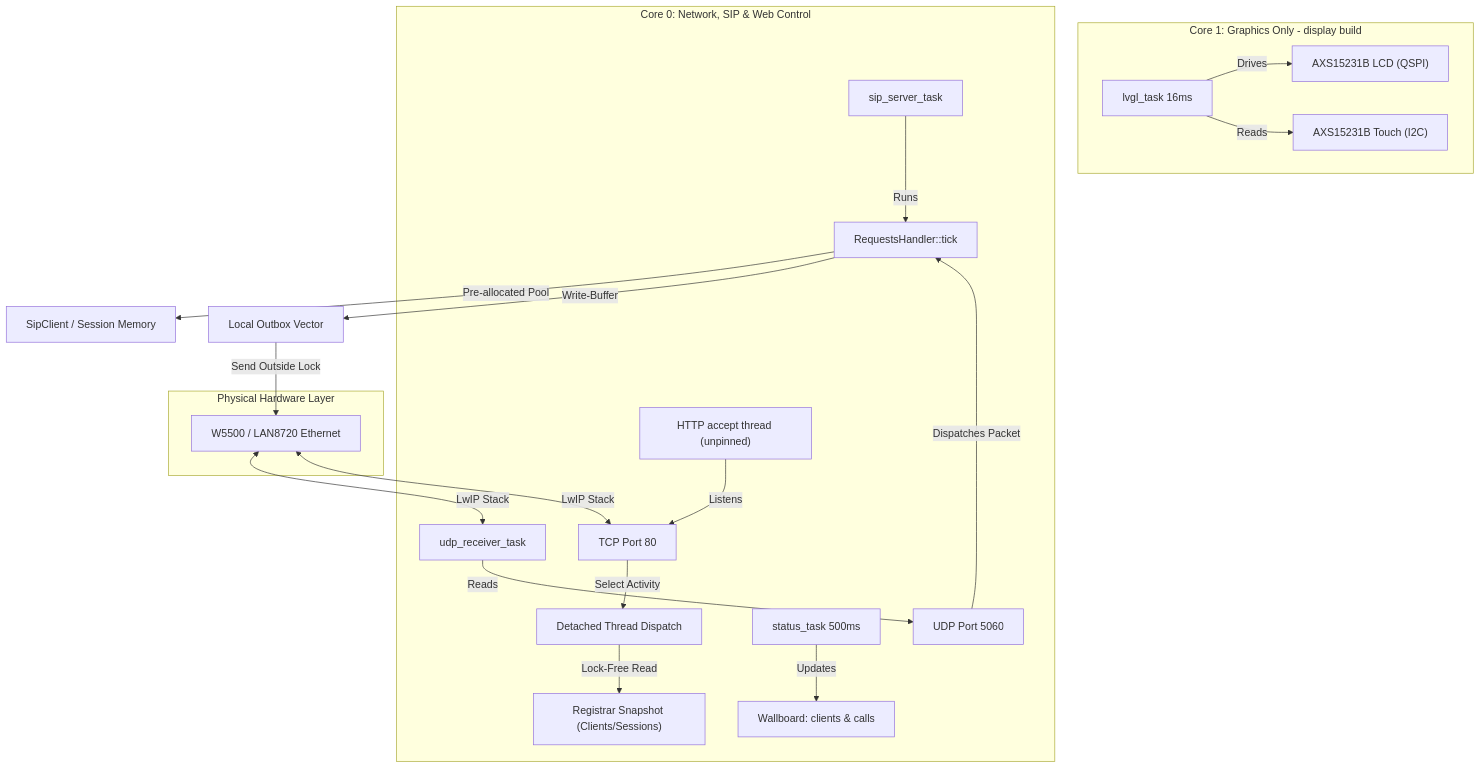
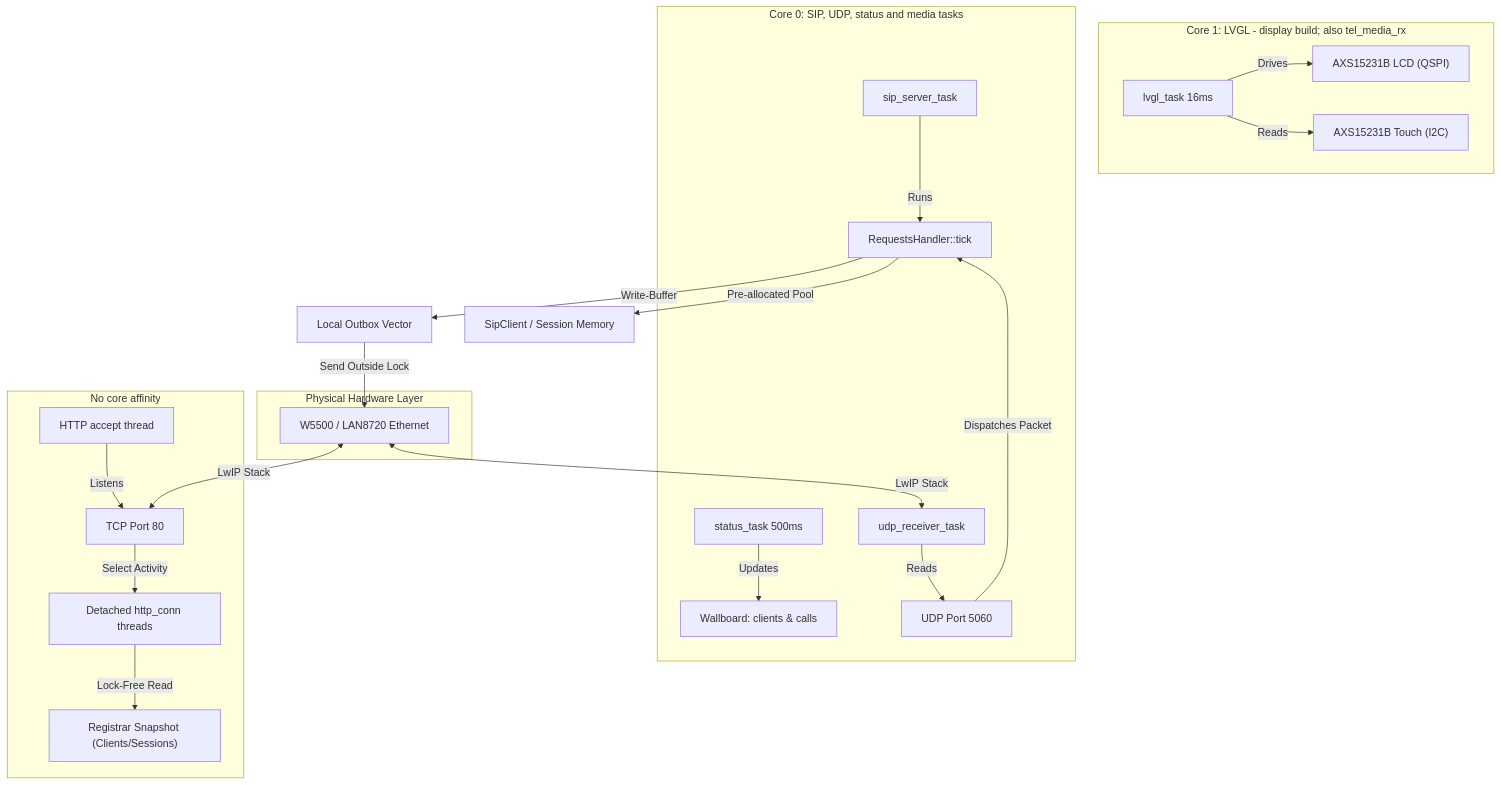
One commit to GlomarGadaffi/pocket-dial changed the diagram in docs/ARCHITECTURE.md. Above: the diagram before and after it, drawn with Mermaid. The commit also changed other lines of this file and 2 other files, not shown here.

````diff
--- a/docs/ARCHITECTURE.md
+++ b/docs/ARCHITECTURE.md
@@ -23,28 +23,31 @@
 ```mermaid
 graph TD
-    subgraph Core 1 [Core 1: Graphics Only - display build]
+    subgraph Core 1 [Core 1: LVGL - display build; also tel_media_rx]
         A[lvgl_task 16ms] -->|Drives| B["AXS15231B LCD (QSPI)"]
         A -->|Reads| C["AXS15231B Touch (I2C)"]
     end
 
-    subgraph Core 0 [Core 0: Network, SIP & Web Control]
+    subgraph Core 0 [Core 0: SIP, UDP, status and media tasks]
         D[sip_server_task] -->|Runs| E[RequestsHandler::tick]
-        F["HTTP accept thread (unpinned)"] -->|Listens| G[TCP Port 80]
-        G -->|Select Activity| H["Detached Thread Dispatch"]
-        H -->|Lock-Free Read| I["Registrar Snapshot (Clients/Sessions)"]
         J[status_task 500ms] -->|Updates| K[Wallboard: clients & calls]
         L[udp_receiver_task] -->|Reads| M[UDP Port 5060]
+    end
+
+    subgraph Unpinned [No core affinity]
+        F["HTTP accept thread"] -->|Listens| G[TCP Port 80]
+        G -->|Select Activity| H["Detached http_conn threads"]
+        H -->|Lock-Free Read| I["Registrar Snapshot (Clients/Sessions)"]
     end
 
     subgraph Hardware [Physical Hardware Layer]
         B
         C
         N["W5500 / LAN8720 Ethernet"] <-->|LwIP Stack| L
         N <-->|LwIP Stack| G
     end
 
     E -->|Pre-allocated Pool| O[SipClient / Session Memory]
     M -->|Dispatches Packet| E
     E -->|Write-Buffer| P[Local Outbox Vector]
     P -->|Send Outside Lock| N
 ```
````
